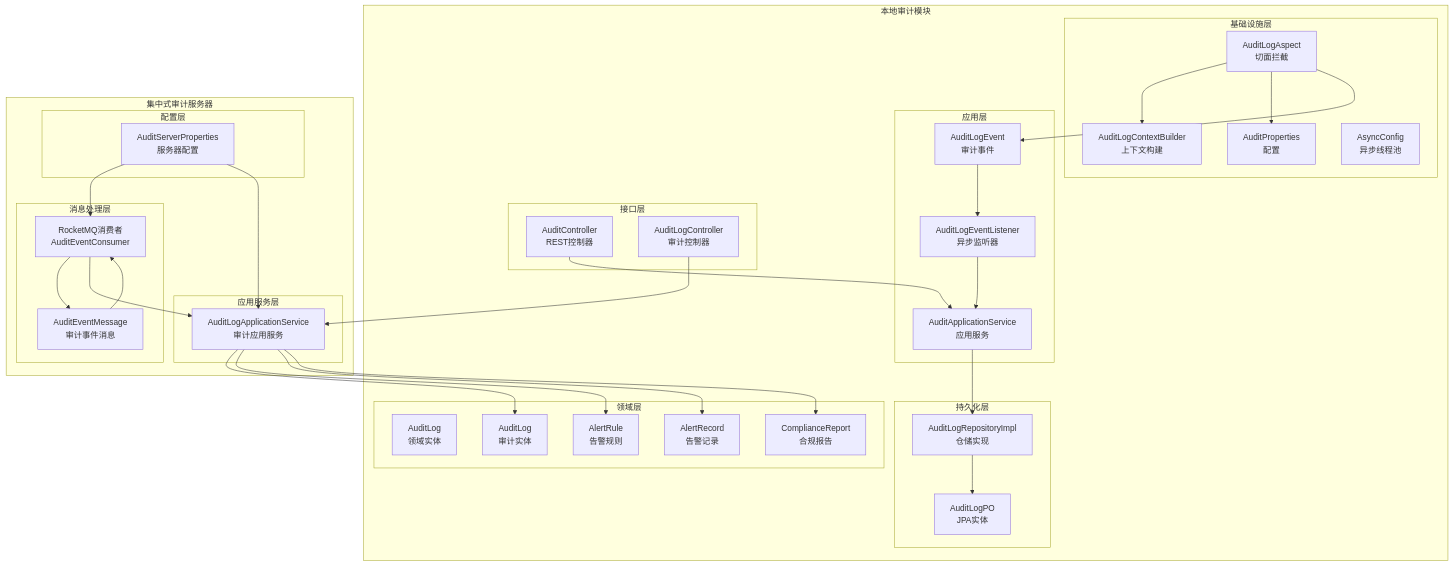
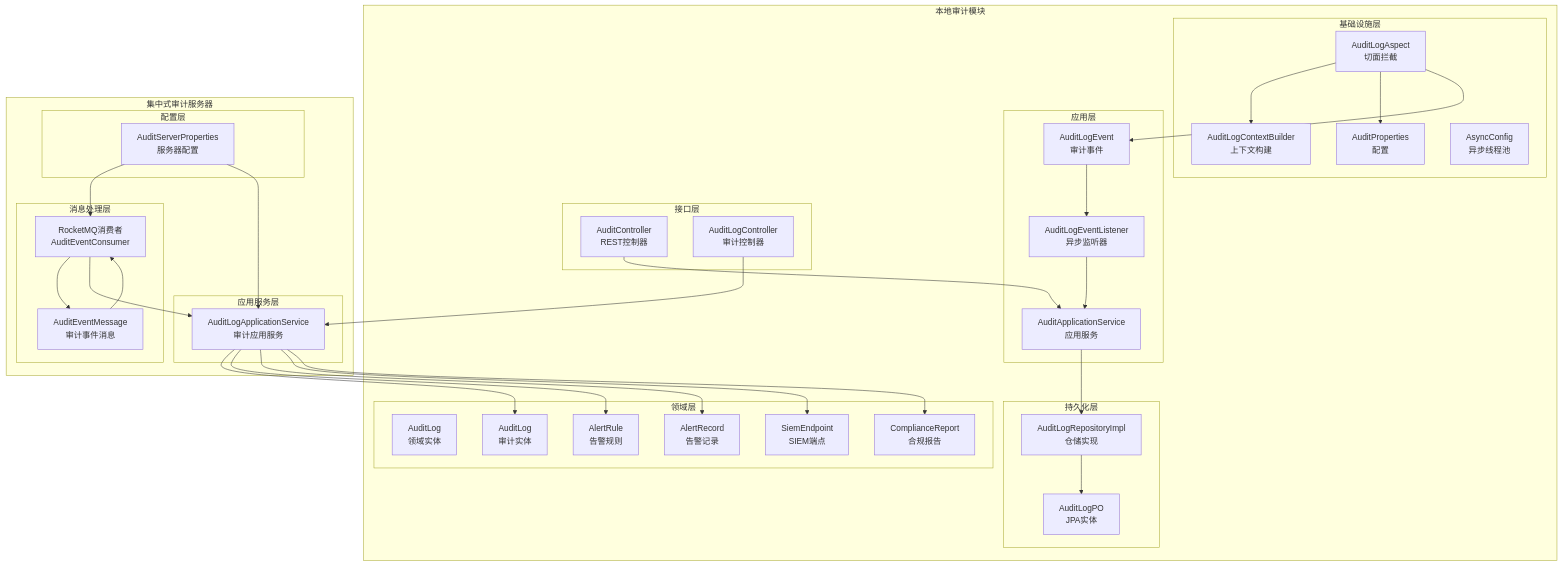
Before and after one commit to fq0121104930716/iam-platform: the first of 6 diagrams in .qoder/repowiki/zh/content/项目概述/项目结构/管理服务器 (iam-admin-server)/审计日志系统.md, drawn with Mermaid. The commit also changed other lines of this file and 46 other files, not shown here.

````diff
--- a/.qoder/repowiki/zh/content/项目概述/项目结构/管理服务器 (iam-admin-server)/审计日志系统.md
+++ b/.qoder/repowiki/zh/content/项目概述/项目结构/管理服务器 (iam-admin-server)/审计日志系统.md
@@ -72,65 +77,67 @@
 ```mermaid
 graph TB
 subgraph "本地审计模块"
 subgraph "基础设施层"
 ALA["AuditLogAspect<br/>切面拦截"]
 ALB["AuditLogContextBuilder<br/>上下文构建"]
 APC["AuditProperties<br/>配置"]
 AC["AsyncConfig<br/>异步线程池"]
 end
 subgraph "应用层"
 Evt["AuditLogEvent<br/>审计事件"]
 EL["AuditLogEventListener<br/>异步监听器"]
 AS["AuditApplicationService<br/>应用服务"]
 end
 subgraph "领域层"
 AE["AuditLog<br/>领域实体"]
 end
 subgraph "接口层"
 CTRL["AuditController<br/>REST控制器"]
 end
 subgraph "持久化层"
 REPO["AuditLogRepositoryImpl<br/>仓储实现"]
 PO["AuditLogPO<br/>JPA实体"]
 end
 end
 subgraph "集中式审计服务器"
 subgraph "消息处理层"
 MQ["RocketMQ消费者<br/>AuditEventConsumer"]
 MSG["AuditEventMessage<br/>审计事件消息"]
 end
 subgraph "应用服务层"
 SVC["AuditLogApplicationService<br/>审计应用服务"]
 end
 subgraph "接口层"
 CTRL2["AuditLogController<br/>审计控制器"]
 end
 subgraph "领域层"
 AE2["AuditLog<br/>审计实体"]
 AR["AlertRule<br/>告警规则"]
 AT["AlertRecord<br/>告警记录"]
+SE["SiemEndpoint<br/>SIEM端点"]
 CR["ComplianceReport<br/>合规报告"]
 end
 subgraph "配置层"
 ASP["AuditServerProperties<br/>服务器配置"]
 end
 end
 ALA --> ALB
 ALA --> APC
 ALA --> Evt
 Evt --> EL
 EL --> AS
 AS --> REPO
 REPO --> PO
 CTRL --> AS
 MQ --> MSG
 MSG --> MQ
 MQ --> SVC
 SVC --> AE2
 SVC --> AR
 SVC --> AT
+SVC --> SE
 SVC --> CR
 CTRL2 --> SVC
 ASP --> MQ
 ASP --> SVC
 ```
````
